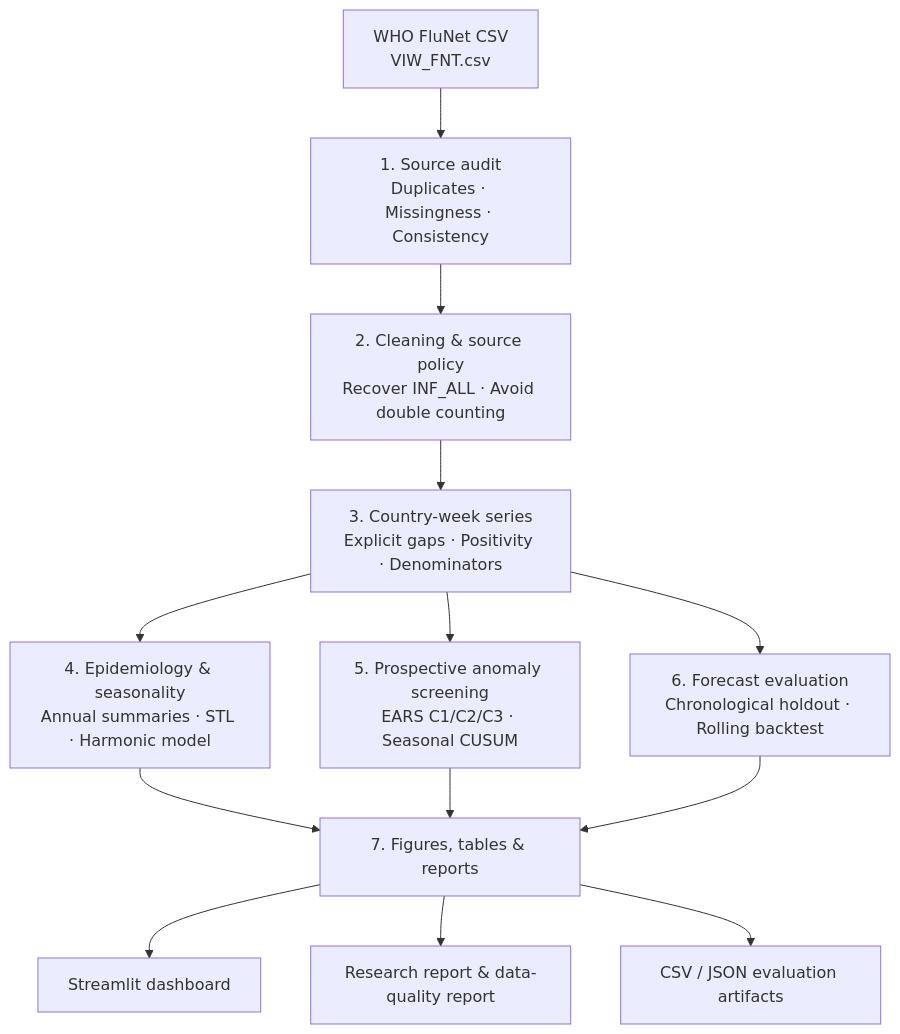
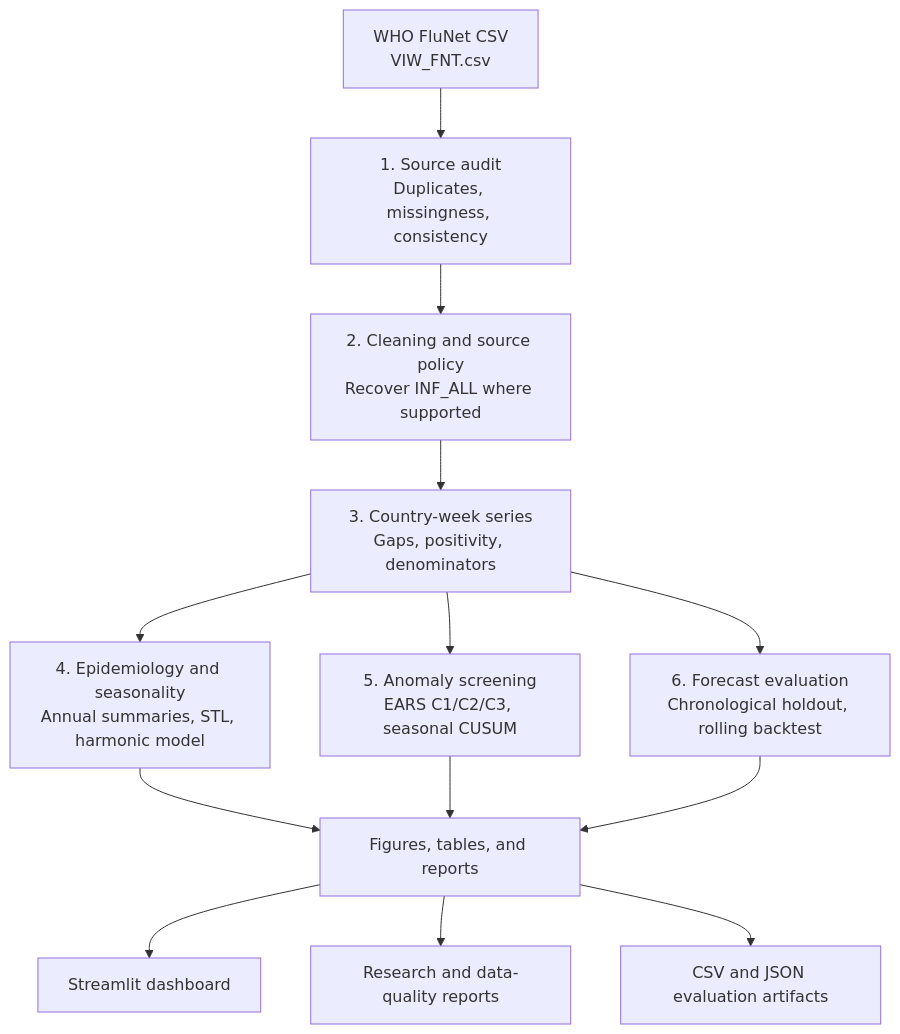
One commit to Saikot313/pathogenwatch-bd changed the diagram in README.md. Above: the diagram before and after it, drawn with Mermaid. The commit also changed other lines of this file, not shown here.

````diff
--- a/README.md
+++ b/README.md
@@ -71,15 +101,15 @@
-``` mermaid
+```mermaid
 flowchart TD
-    A[WHO FluNet CSV<br/>VIW_FNT.csv] --> B[1. Source audit<br/>Duplicates · Missingness · Consistency]
-    B --> C[2. Cleaning & source policy<br/>Recover INF_ALL · Avoid double counting]
-    C --> D[3. Country-week series<br/>Explicit gaps · Positivity · Denominators]
-    D --> E[4. Epidemiology & seasonality<br/>Annual summaries · STL · Harmonic model]
-    D --> F[5. Prospective anomaly screening<br/>EARS C1/C2/C3 · Seasonal CUSUM]
-    D --> G[6. Forecast evaluation<br/>Chronological holdout · Rolling backtest]
-    E --> H[7. Figures, tables & reports]
+    A["WHO FluNet CSV<br/>VIW_FNT.csv"] --> B["1. Source audit<br/>Duplicates, missingness, consistency"]
+    B --> C["2. Cleaning and source policy<br/>Recover INF_ALL where supported"]
+    C --> D["3. Country-week series<br/>Gaps, positivity, denominators"]
+    D --> E["4. Epidemiology and seasonality<br/>Annual summaries, STL, harmonic model"]
+    D --> F["5. Anomaly screening<br/>EARS C1/C2/C3, seasonal CUSUM"]
+    D --> G["6. Forecast evaluation<br/>Chronological holdout, rolling backtest"]
+    E --> H["Figures, tables, and reports"]
     F --> H
     G --> H
-    H --> I[Streamlit dashboard]
-    H --> J[Research report & data-quality report]
-    H --> K[CSV / JSON evaluation artifacts]
+    H --> I["Streamlit dashboard"]
+    H --> J["Research and data-quality reports"]
+    H --> K["CSV and JSON evaluation artifacts"]
 ```
````
